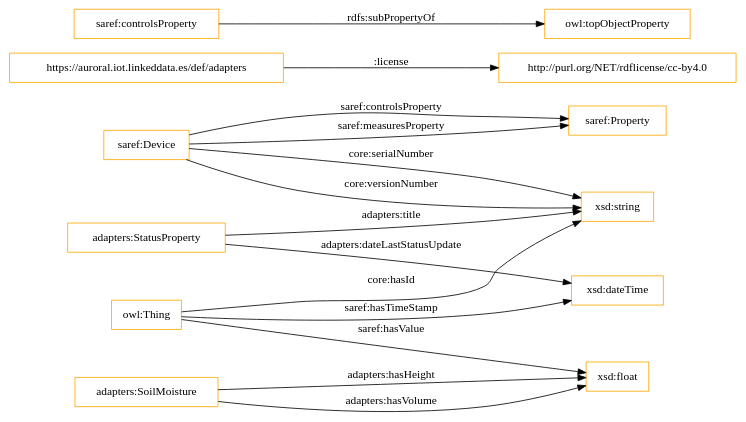
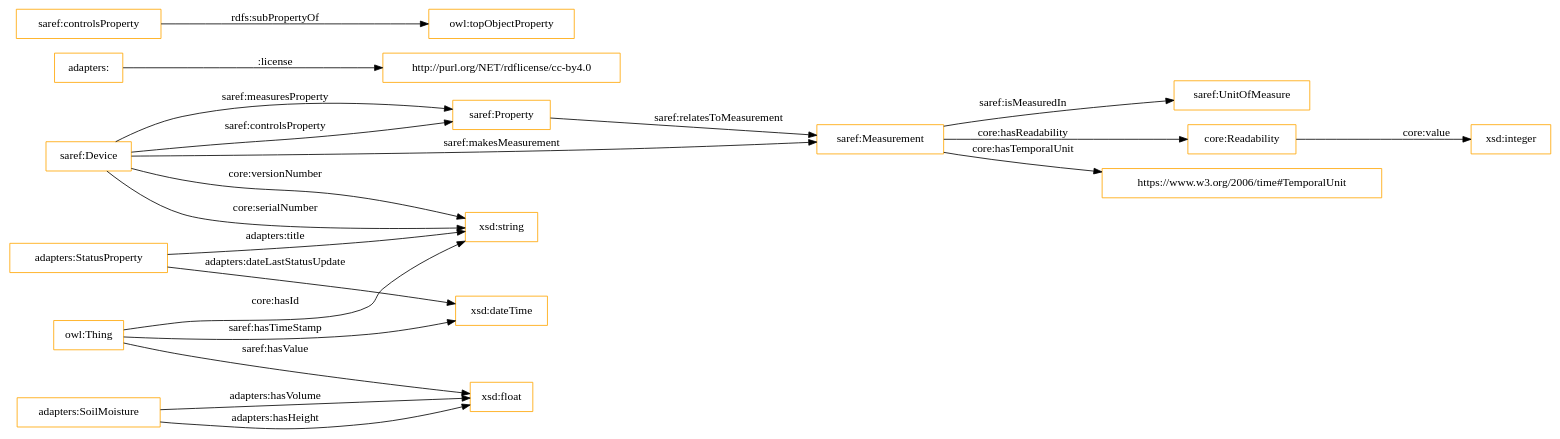
The diagram in OnToology/Ontology/adapters-ontology.owl/diagrams/ar2dtool-class/adapters-ontology.owl.png.dot (oeg-upm/auroral-adapters-ontology), drawn with Graphviz before and after one commit. The commit also changed 53 other files, not shown here.

```diff
--- a/OnToology/Ontology/adapters-ontology.owl/diagrams/ar2dtool-class/adapters-ontology.owl.png.dot
+++ b/OnToology/Ontology/adapters-ontology.owl/diagrams/ar2dtool-class/adapters-ontology.owl.png.dot
@@ -1,19 +1,25 @@
 digraph ar2dtool_diagram { 
 rankdir=LR;
 size="1501"
-node [shape = rectangle, color="orange"]; "saref:Device" "adapters:SoilMoisture" "saref:Property" "adapters:StatusProperty" ; /*classes style*/
-	"https://auroral.iot.linkeddata.es/def/adapters" -> "http://purl.org/NET/rdflicense/cc-by4.0" [ label = ":license" ];
+node [shape = rectangle, color="orange"]; "saref:Device" "saref:UnitOfMeasure" "saref:Measurement" "adapters:SoilMoisture" "core:Readability" "saref:Property" "https://www.w3.org/2006/time#TemporalUnit" "adapters:StatusProperty" ; /*classes style*/
+	"adapters:" -> "http://purl.org/NET/rdflicense/cc-by4.0" [ label = ":license" ];
 	"saref:controlsProperty" -> "owl:topObjectProperty" [ label = "rdfs:subPropertyOf" ];
+	"adapters:StatusProperty" -> "xsd:string" [ label = "adapters:title" ];
+	"adapters:SoilMoisture" -> "xsd:float" [ label = "adapters:hasVolume" ];
+	"saref:Device" -> "xsd:string" [ label = "core:versionNumber" ];
+	"saref:Measurement" -> "core:Readability" [ label = "core:hasReadability" ];
+	"saref:Device" -> "saref:Property" [ label = "saref:measuresProperty" ];
+	"core:Readability" -> "xsd:integer" [ label = "core:value" ];
+	"saref:Measurement" -> "saref:UnitOfMeasure" [ label = "saref:isMeasuredIn" ];
+	"saref:Measurement" -> "https://www.w3.org/2006/time#TemporalUnit" [ label = "core:hasTemporalUnit" ];
+	"saref:Device" -> "xsd:string" [ label = "core:serialNumber" ];
+	"saref:Device" -> "saref:Measurement" [ label = "saref:makesMeasurement" ];
 	"owl:Thing" -> "xsd:string" [ label = "core:hasId" ];
-	"adapters:StatusProperty" -> "xsd:string" [ label = "adapters:title" ];
 	"saref:Device" -> "saref:Property" [ label = "saref:controlsProperty" ];
-	"adapters:SoilMoisture" -> "xsd:float" [ label = "adapters:hasVolume" ];
 	"owl:Thing" -> "xsd:dateTime" [ label = "saref:hasTimeStamp" ];
-	"saref:Device" -> "xsd:string" [ label = "core:versionNumber" ];
-	"saref:Device" -> "saref:Property" [ label = "saref:measuresProperty" ];
 	"owl:Thing" -> "xsd:float" [ label = "saref:hasValue" ];
+	"saref:Property" -> "saref:Measurement" [ label = "saref:relatesToMeasurement" ];
 	"adapters:StatusProperty" -> "xsd:dateTime" [ label = "adapters:dateLastStatusUpdate" ];
 	"adapters:SoilMoisture" -> "xsd:float" [ label = "adapters:hasHeight" ];
-	"saref:Device" -> "xsd:string" [ label = "core:serialNumber" ];
 
 }
```
